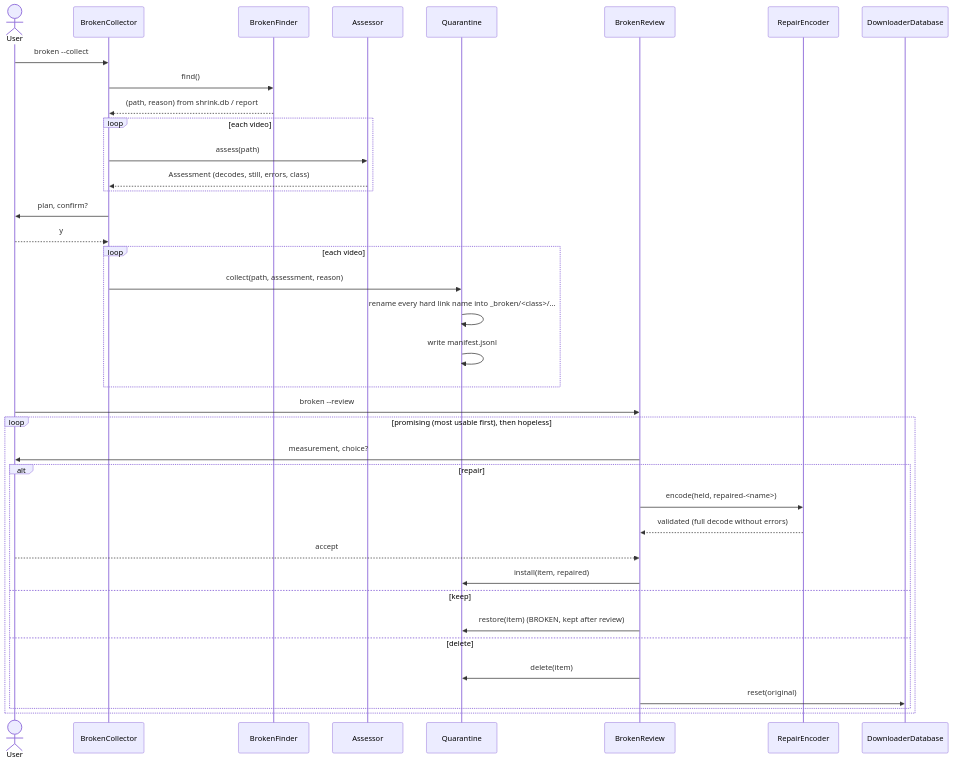
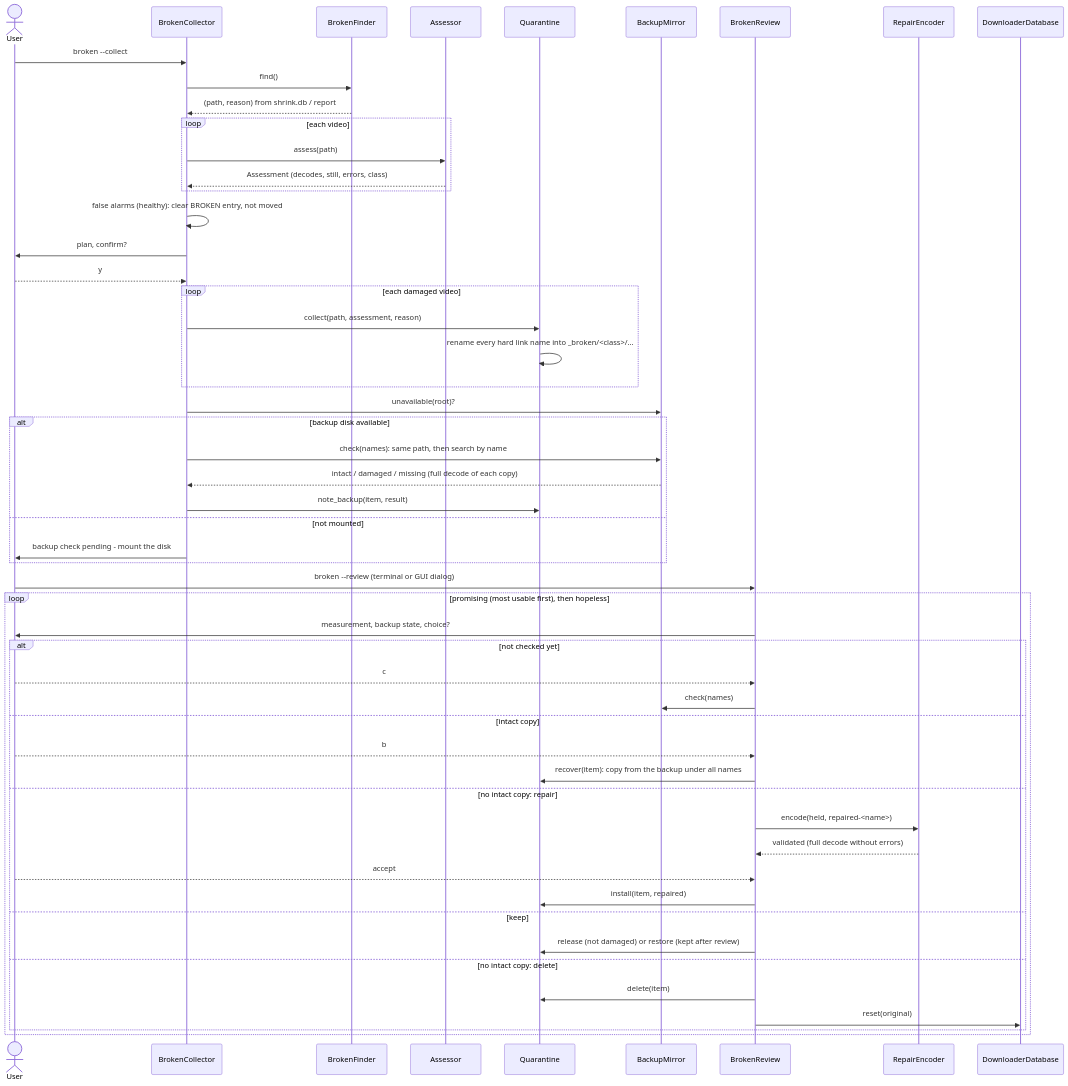
One commit to peddanet/mediatools changed the diagram in docs/img/seq_broken.mmd. Above: the diagram before and after it, drawn with Mermaid. The commit also changed 42 other files, not shown here.

First line of the commit message:
Release 1.7.1: broken - backup check before repair/delete, false alarms, GUI review

```diff
--- a/docs/img/seq_broken.mmd
+++ b/docs/img/seq_broken.mmd
@@ -1,38 +1,53 @@
 sequenceDiagram
   actor U as User
   participant C as BrokenCollector
   participant F as BrokenFinder
   participant A as Assessor
   participant Q as Quarantine
+  participant K as BackupMirror
   participant B as BrokenReview
   participant E as RepairEncoder
   participant D as DownloaderDatabase
   U->>C: broken --collect
   C->>F: find()
   F-->>C: (path, reason) from shrink.db / report
   loop each video
     C->>A: assess(path)
     A-->>C: Assessment (decodes, still, errors, class)
   end
+  C->>C: false alarms (healthy): clear BROKEN entry, not moved
   C->>U: plan, confirm?
   U-->>C: y
-  loop each video
+  loop each damaged video
     C->>Q: collect(path, assessment, reason)
     Q->>Q: rename every hard link name into _broken/<class>/...
-    Q->>Q: write manifest.jsonl
   end
-  U->>B: broken --review
+  C->>K: unavailable(root)?
+  alt backup disk available
+    C->>K: check(names): same path, then search by name
+    K-->>C: intact / damaged / missing (full decode of each copy)
+    C->>Q: note_backup(item, result)
+  else not mounted
+    C->>U: backup check pending - mount the disk
+  end
+  U->>B: broken --review (terminal or GUI dialog)
   loop promising (most usable first), then hopeless
-    B->>U: measurement, choice?
-    alt repair
+    B->>U: measurement, backup state, choice?
+    alt not checked yet
+      U-->>B: c
+      B->>K: check(names)
+    else intact copy
+      U-->>B: b
+      B->>Q: recover(item): copy from the backup under all names
+    else no intact copy: repair
       B->>E: encode(held, repaired-<name>)
       E-->>B: validated (full decode without errors)
       U-->>B: accept
       B->>Q: install(item, repaired)
     else keep
-      B->>Q: restore(item) (BROKEN, kept after review)
-    else delete
+      B->>Q: release (not damaged) or restore (kept after review)
+    else no intact copy: delete
       B->>Q: delete(item)
       B->>D: reset(original)
     end
   end
```
